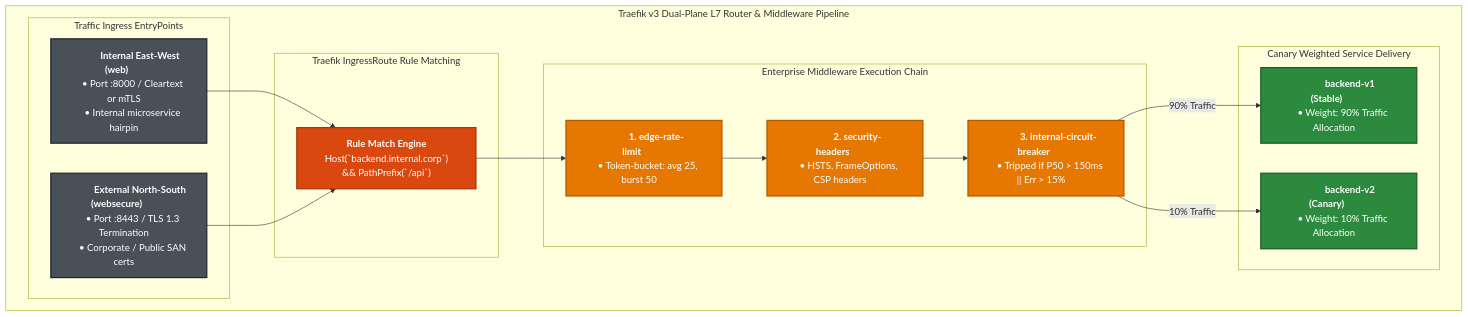
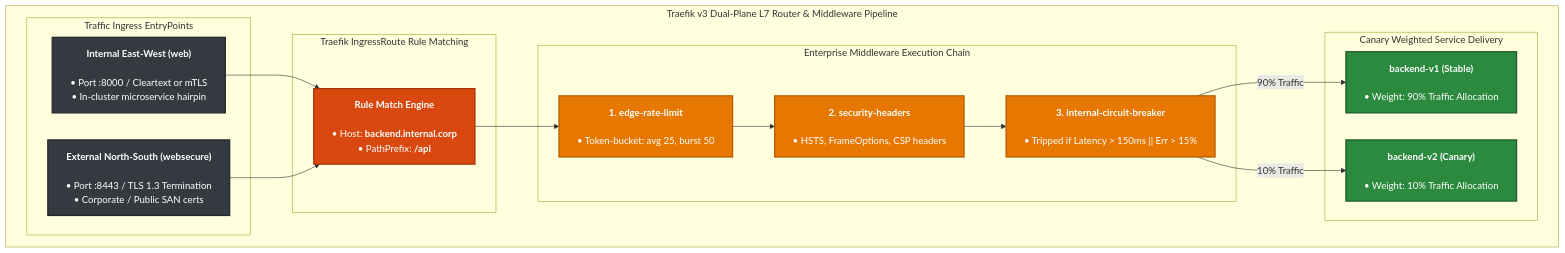
The seventh of 10 diagrams in docs/FQDN_ROUTING.md (nubenetes/cloudnative-ingress-mesh-lab), drawn with Mermaid before and after one commit. The commit also changed other lines of this file, not shown here.

Commit message:
docs: resolve text clipping across all diagrams in FQDN_ROUTING.md

````diff
--- a/docs/FQDN_ROUTING.md
+++ b/docs/FQDN_ROUTING.md
@@ -866,42 +870,43 @@
 ```mermaid
+%%{init: {"flowchart": {"wrappingWidth": 460, "nodeSpacing": 45, "rankSpacing": 45}}}%%
 flowchart TD
-    subgraph TraefikDualPlane ["&nbsp;&nbsp;&nbsp;&nbsp;&nbsp;&nbsp;&nbsp;&nbsp;&nbsp;&nbsp;&nbsp;&nbsp;Traefik v3 Dual-Plane L7 Router & Middleware Pipeline&nbsp;&nbsp;&nbsp;&nbsp;&nbsp;&nbsp;&nbsp;&nbsp;&nbsp;&nbsp;&nbsp;&nbsp;"]
-        subgraph EntryPoints ["&nbsp;&nbsp;Traffic Ingress EntryPoints&nbsp;&nbsp;"]
-            EP_Internal["&nbsp;&nbsp;&nbsp;&nbsp;&nbsp;&nbsp;&nbsp;&nbsp;&nbsp;&nbsp;<b>Internal East-West (web)</b>&nbsp;&nbsp;&nbsp;&nbsp;&nbsp;&nbsp;&nbsp;&nbsp;&nbsp;&nbsp;<br/>&nbsp;&nbsp;&nbsp;&nbsp;• Port :8000 / Cleartext or mTLS&nbsp;&nbsp;&nbsp;&nbsp;<br/>&nbsp;&nbsp;&nbsp;&nbsp;• Internal microservice hairpin&nbsp;&nbsp;&nbsp;&nbsp;"]
-            EP_External["&nbsp;&nbsp;&nbsp;&nbsp;&nbsp;&nbsp;&nbsp;&nbsp;&nbsp;&nbsp;<b>External North-South (websecure)</b>&nbsp;&nbsp;&nbsp;&nbsp;&nbsp;&nbsp;&nbsp;&nbsp;&nbsp;&nbsp;<br/>&nbsp;&nbsp;&nbsp;&nbsp;• Port :8443 / TLS 1.3 Termination&nbsp;&nbsp;&nbsp;&nbsp;<br/>&nbsp;&nbsp;&nbsp;&nbsp;• Corporate / Public SAN certs&nbsp;&nbsp;&nbsp;&nbsp;"]
+    subgraph TraefikDualPlane ["Traefik v3 Dual-Plane L7 Router & Middleware Pipeline"]
+        subgraph EntryPoints ["Traffic Ingress EntryPoints"]
+            EP_Internal["<b>Internal East-West (web)</b><br/><br/>• Port :8000 / Cleartext or mTLS<br/>• In-cluster microservice hairpin"]
+            EP_External["<b>External North-South (websecure)</b><br/><br/>• Port :8443 / TLS 1.3 Termination<br/>• Corporate / Public SAN certs"]
         end
 
-        subgraph IngressRouteTier ["&nbsp;&nbsp;Traefik IngressRoute Rule Matching&nbsp;&nbsp;"]
-            RouterMatch["&nbsp;&nbsp;&nbsp;&nbsp;&nbsp;&nbsp;&nbsp;&nbsp;&nbsp;&nbsp;<b>Rule Match Engine</b>&nbsp;&nbsp;&nbsp;&nbsp;&nbsp;&nbsp;&nbsp;&nbsp;&nbsp;&nbsp;<br/>&nbsp;&nbsp;&nbsp;&nbsp;Host(`backend.internal.corp`)&nbsp;&nbsp;&nbsp;&nbsp;<br/>&nbsp;&nbsp;&nbsp;&nbsp;&& PathPrefix(`/api`)&nbsp;&nbsp;&nbsp;&nbsp;"]
+        subgraph IngressRouteTier ["Traefik IngressRoute Rule Matching"]
+            RouterMatch["<b>Rule Match Engine</b><br/><br/>• Host: <b>backend.internal.corp</b><br/>• PathPrefix: <b>/api</b>"]
         end
 
-        subgraph MiddlewarePipeline ["&nbsp;&nbsp;Enterprise Middleware Execution Chain&nbsp;&nbsp;"]
-            MW_RateLimit["&nbsp;&nbsp;&nbsp;&nbsp;&nbsp;&nbsp;&nbsp;&nbsp;&nbsp;&nbsp;<b>1. edge-rate-limit</b>&nbsp;&nbsp;&nbsp;&nbsp;&nbsp;&nbsp;&nbsp;&nbsp;&nbsp;&nbsp;<br/>&nbsp;&nbsp;&nbsp;&nbsp;• Token-bucket: avg 25, burst 50&nbsp;&nbsp;&nbsp;&nbsp;"]
-            MW_SecHeaders["&nbsp;&nbsp;&nbsp;&nbsp;&nbsp;&nbsp;&nbsp;&nbsp;&nbsp;&nbsp;<b>2. security-headers</b>&nbsp;&nbsp;&nbsp;&nbsp;&nbsp;&nbsp;&nbsp;&nbsp;&nbsp;&nbsp;<br/>&nbsp;&nbsp;&nbsp;&nbsp;• HSTS, FrameOptions, CSP headers&nbsp;&nbsp;&nbsp;&nbsp;"]
-            MW_CircuitBreaker["&nbsp;&nbsp;&nbsp;&nbsp;&nbsp;&nbsp;&nbsp;&nbsp;&nbsp;&nbsp;<b>3. internal-circuit-breaker</b>&nbsp;&nbsp;&nbsp;&nbsp;&nbsp;&nbsp;&nbsp;&nbsp;&nbsp;&nbsp;<br/>&nbsp;&nbsp;&nbsp;&nbsp;• Tripped if P50 > 150ms || Err > 15%&nbsp;&nbsp;&nbsp;&nbsp;"]
+        subgraph MiddlewarePipeline ["Enterprise Middleware Execution Chain"]
+            MW_RateLimit["<b>1. edge-rate-limit</b><br/><br/>• Token-bucket: avg 25, burst 50"]
+            MW_SecHeaders["<b>2. security-headers</b><br/><br/>• HSTS, FrameOptions, CSP headers"]
+            MW_CircuitBreaker["<b>3. internal-circuit-breaker</b><br/><br/>• Tripped if Latency > 150ms || Err > 15%"]
             
             MW_RateLimit --> MW_SecHeaders --> MW_CircuitBreaker
         end
 
-        subgraph UpstreamCanary ["&nbsp;&nbsp;Canary Weighted Service Delivery&nbsp;&nbsp;"]
-            SvcV1["&nbsp;&nbsp;&nbsp;&nbsp;&nbsp;&nbsp;&nbsp;&nbsp;&nbsp;&nbsp;<b>backend-v1 (Stable)</b>&nbsp;&nbsp;&nbsp;&nbsp;&nbsp;&nbsp;&nbsp;&nbsp;&nbsp;&nbsp;<br/>&nbsp;&nbsp;&nbsp;&nbsp;• Weight: 90% Traffic Allocation&nbsp;&nbsp;&nbsp;&nbsp;"]
-            SvcV2["&nbsp;&nbsp;&nbsp;&nbsp;&nbsp;&nbsp;&nbsp;&nbsp;&nbsp;&nbsp;<b>backend-v2 (Canary)</b>&nbsp;&nbsp;&nbsp;&nbsp;&nbsp;&nbsp;&nbsp;&nbsp;&nbsp;&nbsp;<br/>&nbsp;&nbsp;&nbsp;&nbsp;• Weight: 10% Traffic Allocation&nbsp;&nbsp;&nbsp;&nbsp;"]
+        subgraph UpstreamCanary ["Canary Weighted Service Delivery"]
+            SvcV1["<b>backend-v1 (Stable)</b><br/><br/>• Weight: 90% Traffic Allocation"]
+            SvcV2["<b>backend-v2 (Canary)</b><br/><br/>• Weight: 10% Traffic Allocation"]
         end
 
         EP_Internal --> RouterMatch
         EP_External --> RouterMatch
         RouterMatch --> MW_RateLimit
         MW_CircuitBreaker -->|"90% Traffic"| SvcV1
         MW_CircuitBreaker -->|"10% Traffic"| SvcV2
     end
 
-    classDef ep fill:#495057,stroke:#212529,stroke-width:2px,color:#fff;
-    classDef router fill:#d9480f,stroke:#a63207,stroke-width:2px,color:#fff;
-    classDef mw fill:#e67700,stroke:#b05b00,stroke-width:2px,color:#fff;
-    classDef target fill:#2b8a3e,stroke:#1b5727,stroke-width:2px,color:#fff;
+    classDef ep fill:#343a40,stroke:#212529,stroke-width:2px,color:#fff,min-width:340px;
+    classDef router fill:#d9480f,stroke:#a63207,stroke-width:2px,color:#fff,min-width:340px;
+    classDef mw fill:#e67700,stroke:#b05b00,stroke-width:2px,color:#fff,min-width:340px;
+    classDef target fill:#2b8a3e,stroke:#1b5727,stroke-width:2px,color:#fff,min-width:340px;
 
     class EP_Internal,EP_External ep;
     class RouterMatch router;
     class MW_RateLimit,MW_SecHeaders,MW_CircuitBreaker mw;
     class SvcV1,SvcV2 target;
 ```
````
